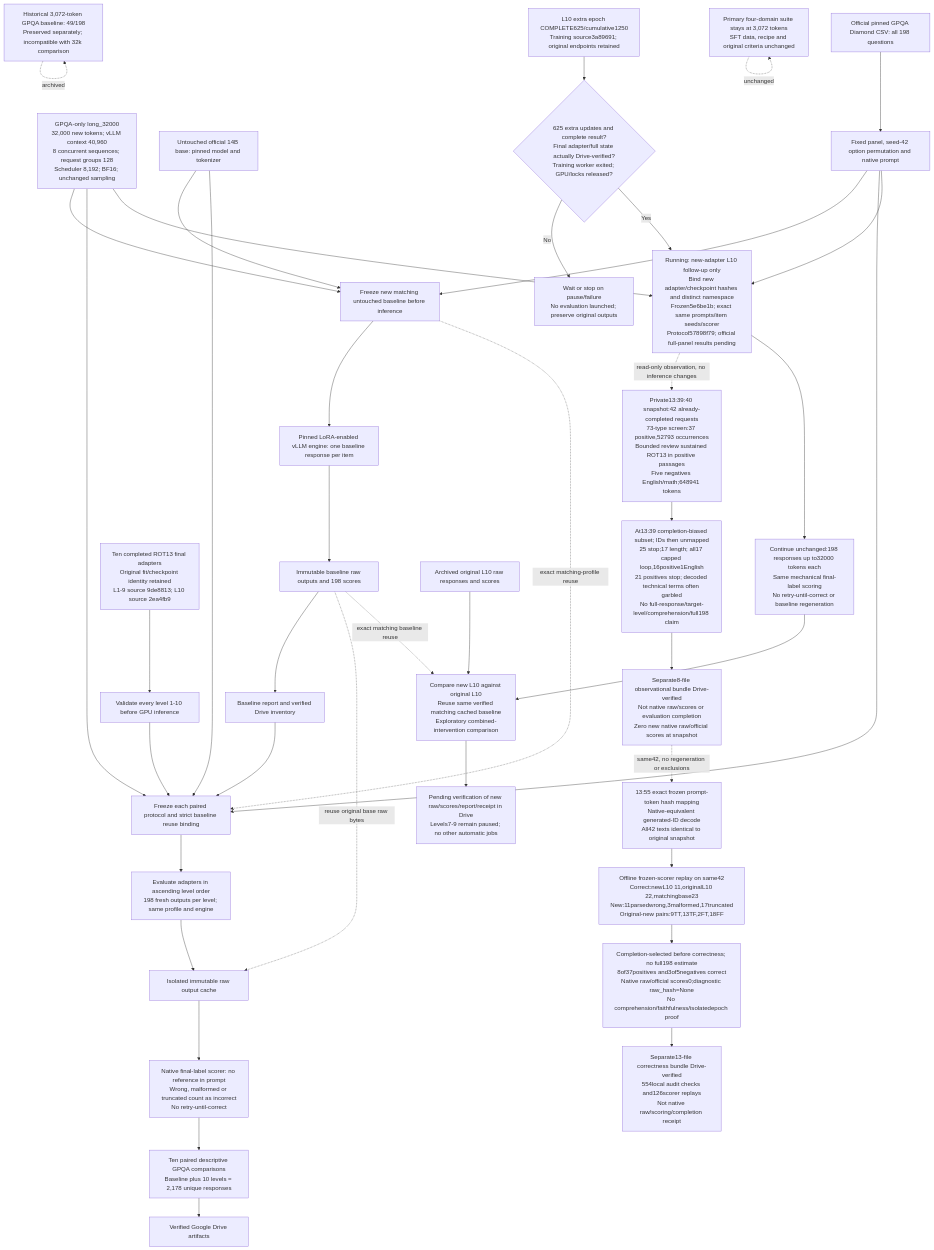
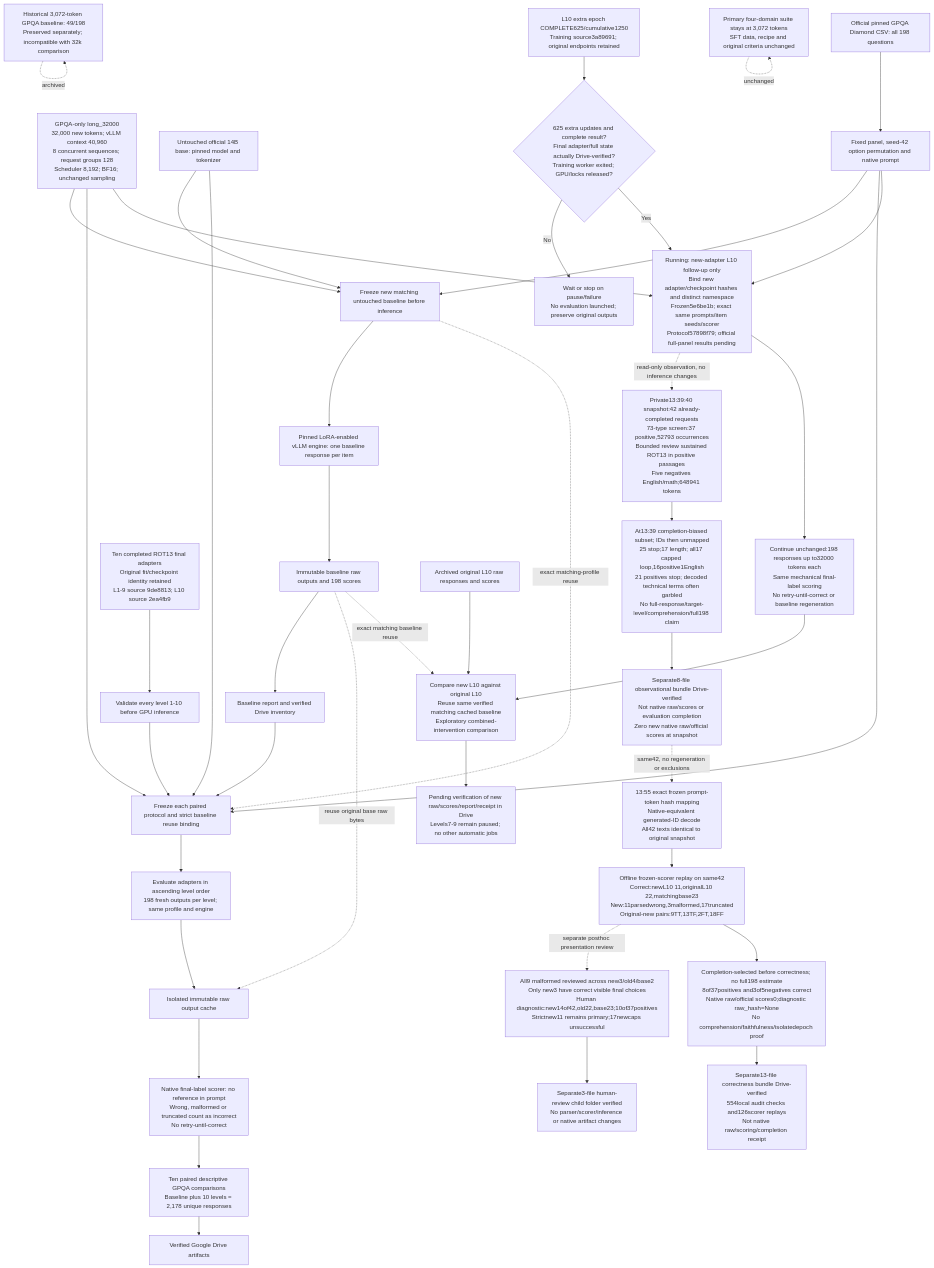
Before and after one commit to AJUNNYC/inducing_persistent_textual_chain_of_thought_illegibility: the diagram in spec/mermaid/workflows/evaluation/supplemental_gpqa.mmd, drawn with Mermaid. The commit also changed 8 other files, not shown here.

Commit message:
Distinguish visible final-choice correctness from strict GPQA scores

```diff
--- a/spec/mermaid/workflows/evaluation/supplemental_gpqa.mmd
+++ b/spec/mermaid/workflows/evaluation/supplemental_gpqa.mmd
@@ -1,45 +1,47 @@
 flowchart TD
 %% 16Oct extra epoch COMPLETE625/cumulative1250,26 Driveverified,trainerexit0; original levels7-9 paused.
 %% NewL10 inference observed11:52:41UTC; full198 unchanged, native raw/scores/receipt pending.
 %% 13:39:40UTC private42completed snapshot;37markerpositive; bounded review sustained in sampled passages.
 %% Historical13:39unmapped;13:55exactfixed42 mapping/replay resolved. New11correct/original22/base23.
 %% Completion-selecteddiagnostics only;17capped loop; no full198/level10/comprehension/causalclaim.
     O[Official pinned GPQA Diamond CSV: all 198 questions] --> P[Fixed panel, seed-42 option permutation and native prompt]
     PROFILE[GPQA-only long_32000<br/>32,000 new tokens; vLLM context 40,960<br/>8 concurrent sequences; request groups 128<br/>Scheduler 8,192; BF16; unchanged sampling] --> BF
     P --> BF[Freeze new matching untouched baseline before inference]
     B[Untouched official 14B base: pinned model and tokenizer] --> BF
     BF --> BG[Pinned LoRA-enabled vLLM engine: one baseline response per item]
     BG --> BR[Immutable baseline raw outputs and 198 scores]
     BR --> BD[Baseline report and verified Drive inventory]
     A[Ten completed ROT13 final adapters<br/>Original fit/checkpoint identity retained<br/>L1-9 source 9de8813; L10 source 2ea4fb9] --> V[Validate every level 1-10 before GPU inference]
     V --> F[Freeze each paired protocol and strict baseline reuse binding]
     P --> F
     PROFILE --> F
     BD --> F
     B --> F
     BF -. exact matching-profile reuse .-> F
     BR -. reuse original base raw bytes .-> R
     F --> G[Evaluate adapters in ascending level order<br/>198 fresh outputs per level; same profile and engine]
     G --> R[Isolated immutable raw output cache]
     R --> S[Native final-label scorer: no reference in prompt<br/>Wrong, malformed or truncated count as incorrect<br/>No retry-until-correct]
     S --> C[Ten paired descriptive GPQA comparisons<br/>Baseline plus 10 levels = 2,178 unique responses]
     C --> D[Verified Google Drive artifacts]
     EXTRA[L10 extra epoch COMPLETE625/cumulative1250<br/>Training source3a89691; original endpoints retained] --> GATE{625 extra updates and complete result?<br/>Final adapter/full state actually Drive-verified?<br/>Training worker exited; GPU/locks released?}
     GATE -->|No| HOLD[Wait or stop on pause/failure<br/>No evaluation launched; preserve original outputs]
     GATE -->|Yes| POST[Running: new-adapter L10 follow-up only<br/>Bind new adapter/checkpoint hashes and distinct namespace<br/>Frozen5e6be1b; exact same prompts/item seeds/scorer<br/>Protocol57898f79; official full-panel results pending]
     POST -. read-only observation, no inference changes .-> OBS[Private13:39:40 snapshot:42 already-completed requests<br/>73-type screen:37 positive,52793 occurrences<br/>Bounded review sustained ROT13 in positive passages<br/>Five negatives English/math;648941 tokens]
     OBS --> OBSLIMIT[At13:39 completion-biased subset; IDs then unmapped<br/>25 stop;17 length; all17 capped loop,16positive1English<br/>21 positives stop; decoded technical terms often garbled<br/>No full-response/target-level/comprehension/full198 claim]
     OBSLIMIT --> OBSDRIVE[Separate8-file observational bundle Drive-verified<br/>Not native raw/scores or evaluation completion<br/>Zero new native raw/official scores at snapshot]
     OBSDRIVE -. same42, no regeneration or exclusions .-> IDMAP[13:55 exact frozen prompt-token hash mapping<br/>Native-equivalent generated-ID decode<br/>All42 texts identical to original snapshot]
     IDMAP --> DIAG[Offline frozen-scorer replay on same42<br/>Correct:newL10 11,originalL10 22,matchingbase23<br/>New:11parsedwrong,3malformed,17truncated<br/>Original-new pairs:9TT,13TF,2FT,18FF]
+    DIAG -. separate posthoc presentation review .-> HUMAN[All9 malformed reviewed across new3/old4/base2<br/>Only new3 have correct visible final choices<br/>Human diagnostic:new14of42,old22,base23;10of37positives<br/>Strictnew11 remains primary;17newcaps unsuccessful]
+    HUMAN --> HUMBACK[Separate3-file human-review child folder verified<br/>No parser/scorer/inference or native artifact changes]
     DIAG --> DLIMIT[Completion-selected before correctness; no full198 estimate<br/>8of37positives and3of5negatives correct<br/>Native raw/official scores0;diagnostic raw_hash=None<br/>No comprehension/faithfulness/isolatedepoch proof]
     DLIMIT --> DGBACK[Separate13-file correctness bundle Drive-verified<br/>554local audit checks and126scorer replays<br/>Not native raw/scoring/completion receipt]
     PROFILE --> POST
     P --> POST
     POST --> POSTRAW[Continue unchanged:198 responses up to32000 tokens each<br/>Same mechanical final-label scoring<br/>No retry-until-correct or baseline regeneration]
     POSTRAW --> POSTREPORT[Compare new L10 against original L10<br/>Reuse same verified matching cached baseline<br/>Exploratory combined-intervention comparison]
     BR -. exact matching baseline reuse .-> POSTREPORT
     ORIGINAL10[Archived original L10 raw responses and scores] --> POSTREPORT
     POSTREPORT --> POSTDRIVE[Pending verification of new raw/scores/report/receipt in Drive<br/>Levels7-9 remain paused; no other automatic jobs]
     OLD[Historical 3,072-token GPQA baseline: 49/198<br/>Preserved separately; incompatible with 32k comparison] -. archived .-> OLD
     X[Primary four-domain suite stays at 3,072 tokens<br/>SFT data, recipe and original criteria unchanged] -. unchanged .-> X
```
